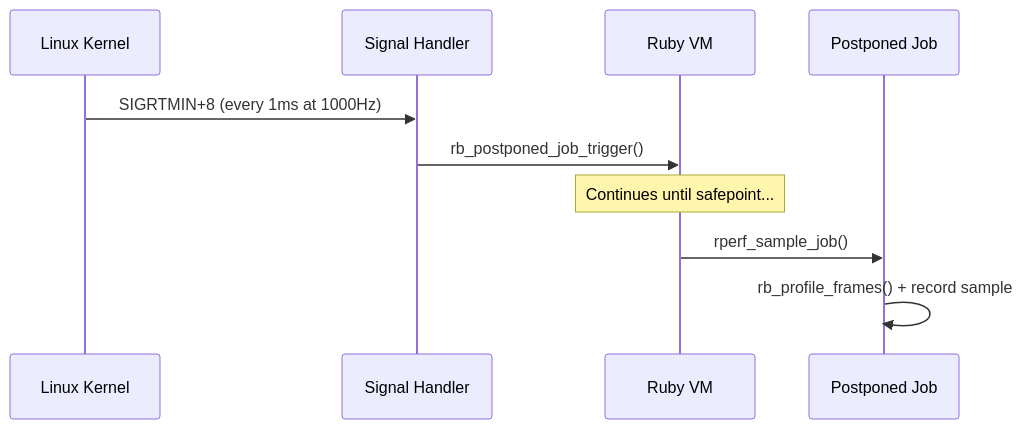
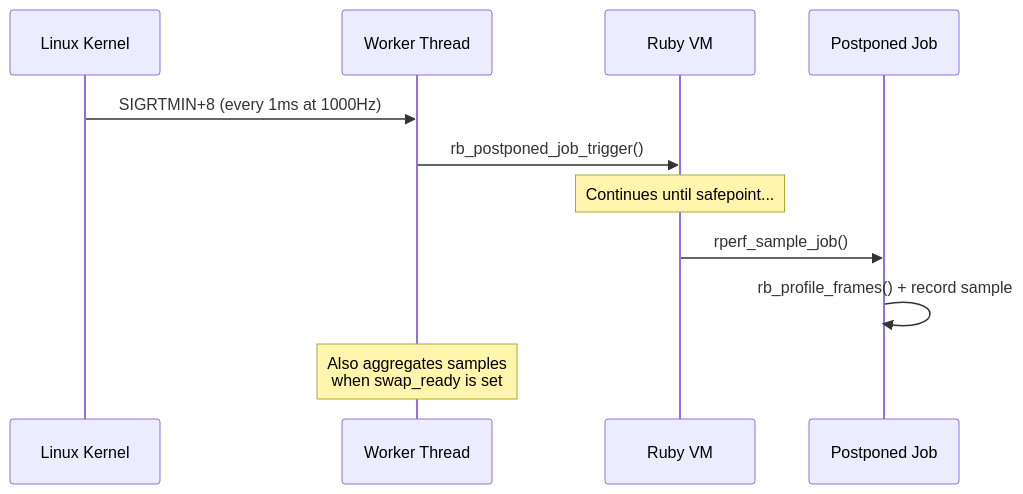
One commit to ko1/rperf changed the second of 3 diagrams in docs/manual_src/07-internals.md. Above: the diagram before and after it, drawn with Mermaid. The commit also changed other lines of this file and 2 other files, not shown here.

First line of the commit message:
Update manual for aggregation, worker thread, and SIGEV_THREAD_ID

````diff
--- a/docs/manual_src/07-internals.md
+++ b/docs/manual_src/07-internals.md
@@ -58,13 +68,14 @@
 ```mermaid
 sequenceDiagram
     participant Kernel as Linux Kernel
-    participant Signal as Signal Handler
+    participant Worker as Worker Thread
     participant VM as Ruby VM
     participant Job as Postponed Job
 
-    Kernel->>Signal: SIGRTMIN+8 (every 1ms at 1000Hz)
-    Signal->>VM: rb_postponed_job_trigger()
+    Kernel->>Worker: SIGRTMIN+8 (every 1ms at 1000Hz)
+    Worker->>VM: rb_postponed_job_trigger()
     Note over VM: Continues until safepoint...
     VM->>Job: rperf_sample_job()
     Job->>Job: rb_profile_frames() + record sample
+    Note over Worker: Also aggregates samples<br/>when swap_ready is set
 ```
````
